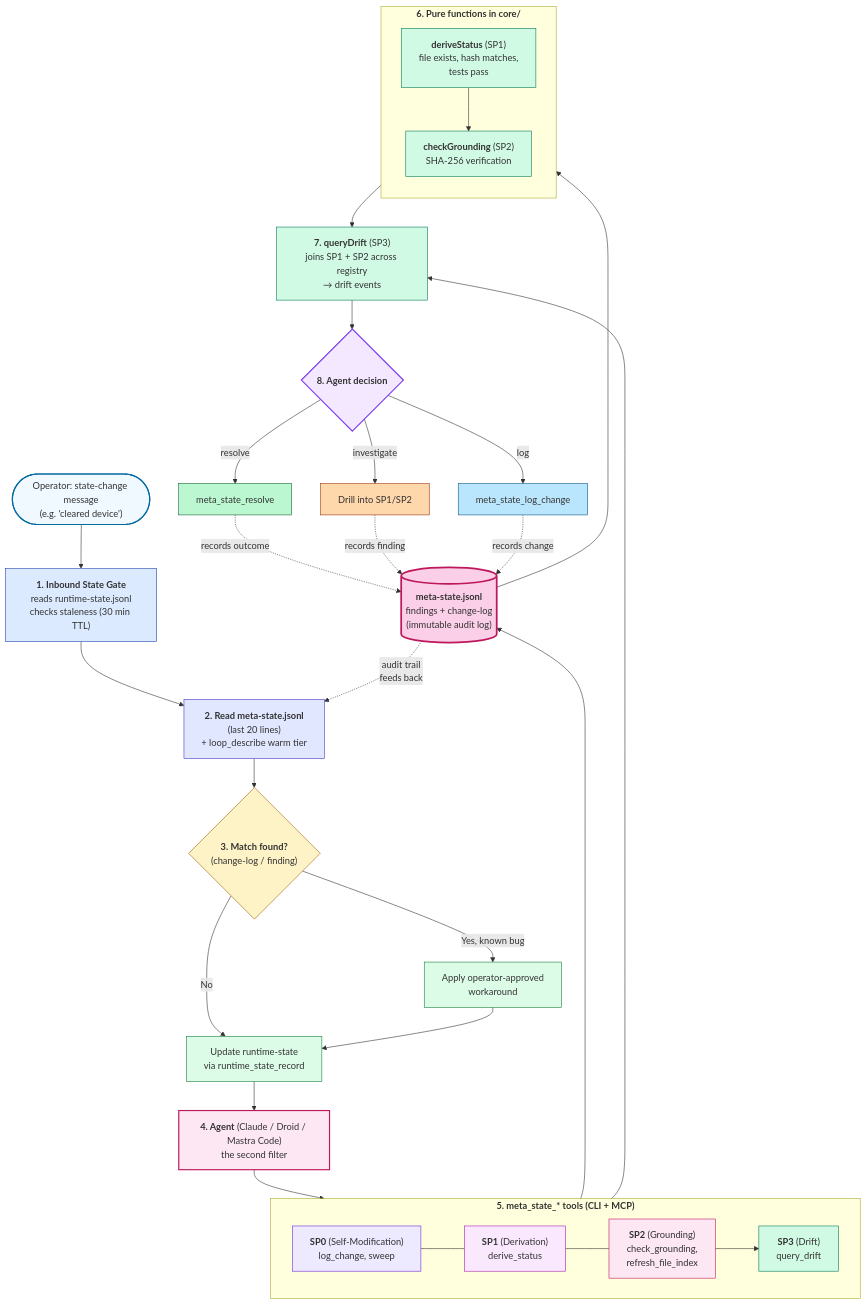
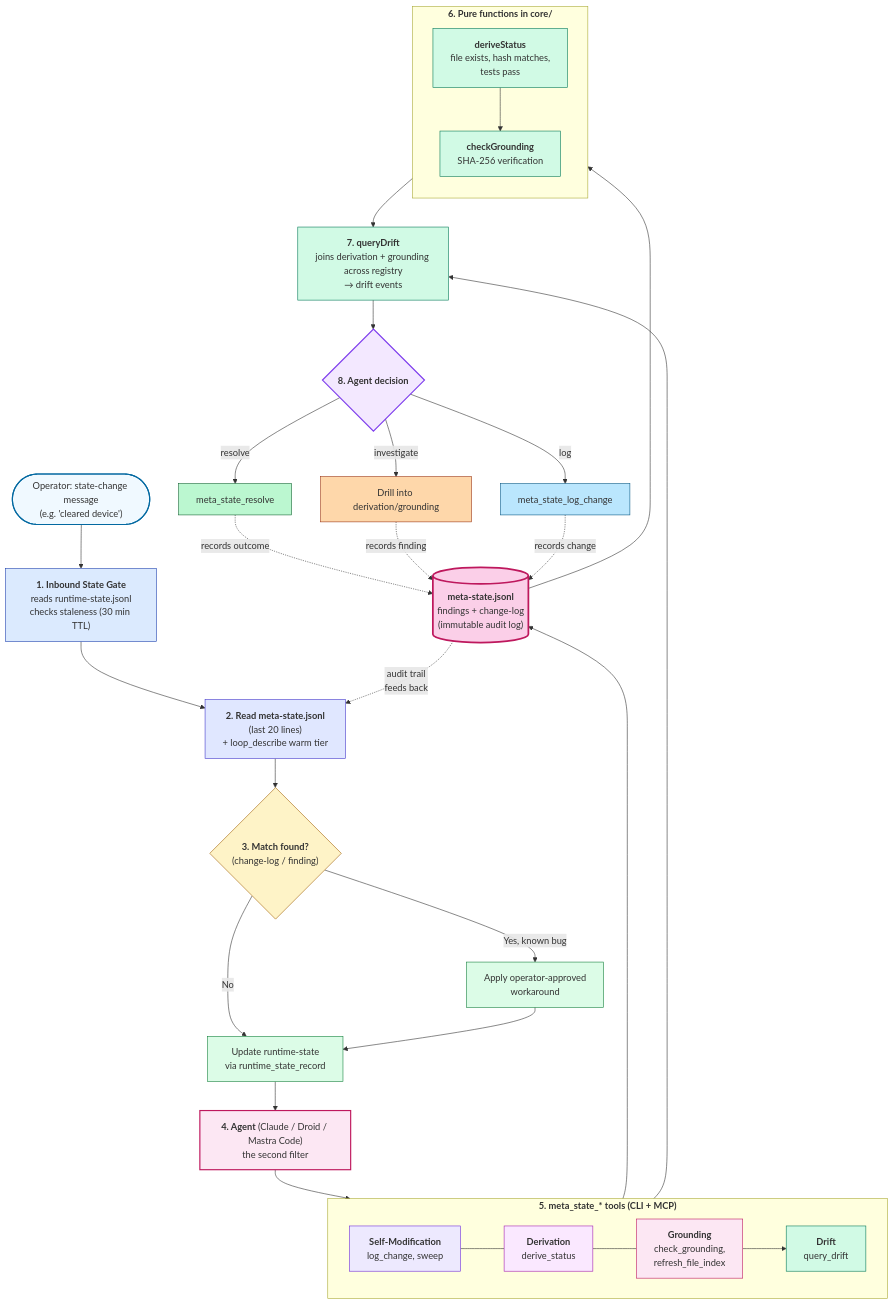
Before and after one commit to dat9uy/learning-loop-template: the diagram in docs/architecture.md, drawn with Mermaid. The commit also changed other lines of this file and 8 other files, not shown here.

````diff
--- a/docs/architecture.md
+++ b/docs/architecture.md
@@ -380,58 +380,58 @@
 ```mermaid
 flowchart TD
     Operator(["Operator: state-change message<br/>(e.g. 'cleared device')"]):::trigger --> S1
     S1["<b>1. Inbound State Gate</b><br/>reads runtime-state.jsonl<br/>checks staleness (30 min TTL)"]:::gate --> S2
     S2["<b>2. Read meta-state.jsonl</b><br/>(last 20 lines)<br/>+ loop_describe warm tier"]:::read --> S3
     S3{"<b>3. Match found?</b><br/>(change-log / finding)"}:::scan
     S3 -->|Yes, known bug| S3a["Apply operator-approved<br/>workaround"]:::apply
     S3 -->|No| S3b["Update runtime-state<br/>via runtime_state_record"]:::update
     S3a --> S3b
     S3b --> S4
     S4["<b>4. Agent</b> (Claude / Droid / Mastra Code)<br/>the second filter"]:::agent --> S5
     subgraph S5["<b>5. meta_state_* tools (CLI + MCP)</b>"]
         direction LR
-        T_SP0["<b>SP0</b> (Self-Modification)<br/>log_change, sweep"]:::sp0
-        T_SP1["<b>SP1</b> (Derivation)<br/>derive_status"]:::sp1
-        T_SP2["<b>SP2</b> (Grounding)<br/>check_grounding,<br/>refresh_file_index"]:::sp2
-        T_SP3["<b>SP3</b> (Drift)<br/>query_drift"]:::sp3
+        T_SP0["<b>Self-Modification</b><br/>log_change, sweep"]:::sp0
+        T_SP1["<b>Derivation</b><br/>derive_status"]:::sp1
+        T_SP2["<b>Grounding</b><br/>check_grounding,<br/>refresh_file_index"]:::sp2
+        T_SP3["<b>Drift</b><br/>query_drift"]:::sp3
         T_SP0 --- T_SP1 --- T_SP2 --> T_SP3
     end
     S5 --> Registry
     Registry[("<b>meta-state.jsonl</b><br/>findings + change-log<br/>(immutable audit log)")]:::registry
     subgraph S6["<b>6. Pure functions in core/</b>"]
         direction TB
-        S6a["<b>deriveStatus</b> (SP1)<br/>file exists, hash matches,<br/>tests pass"]:::purefn
-        S6b["<b>checkGrounding</b> (SP2)<br/>SHA-256 verification"]:::purefn
+        S6a["<b>deriveStatus</b><br/>file exists, hash matches,<br/>tests pass"]:::purefn
+        S6b["<b>checkGrounding</b><br/>SHA-256 verification"]:::purefn
         S6a --> S6b
     end
     Registry --> S6
     S6 --> S7
-    S7["<b>7. queryDrift</b> (SP3)<br/>joins SP1 + SP2 across registry<br/>→ drift events"]:::purefn
+    S7["<b>7. queryDrift</b><br/>joins derivation + grounding across registry<br/>→ drift events"]:::purefn
     S5 --> S7
     S7 --> S8
     S8{"<b>8. Agent decision</b>"}:::decision
     S8 -->|resolve| S8a["meta_state_resolve"]:::resolve
-    S8 -->|investigate| S8b["Drill into SP1/SP2"]:::investigate
+    S8 -->|investigate| S8b["Drill into derivation/grounding"]:::investigate
     S8 -->|log| S8c["meta_state_log_change"]:::log
     S8a -.->|records outcome| Registry
     S8b -.->|records finding| Registry
     S8c -.->|records change| Registry
     Registry -.->|audit trail<br/>feeds back| S2
     classDef trigger fill:#f0f9ff,stroke:#0369a1,stroke-width:2px
     classDef gate fill:#dbeafe,stroke:#1e40af
     classDef read fill:#e0e7ff,stroke:#4338ca
     classDef scan fill:#fef3c7,stroke:#a16207
     classDef apply fill:#dcfce7,stroke:#15803d
     classDef update fill:#dcfce7,stroke:#15803d
     classDef agent fill:#fce7f3,stroke:#be185d,stroke-width:2px
     classDef sp0 fill:#ede9fe,stroke:#6d28d9
     classDef sp1 fill:#fae8ff,stroke:#a21caf
     classDef sp2 fill:#fce7f3,stroke:#be185d
     classDef sp3 fill:#d1fae5,stroke:#047857
     classDef registry fill:#fbcfe8,stroke:#be185d,stroke-width:3px
     classDef purefn fill:#d1fae5,stroke:#047857
     classDef decision fill:#f3e8ff,stroke:#7c3aed,stroke-width:2px
     classDef resolve fill:#bbf7d0,stroke:#166534
     classDef investigate fill:#fed7aa,stroke:#9a3412
     classDef log fill:#bae6fd,stroke:#075985
 ```
````
